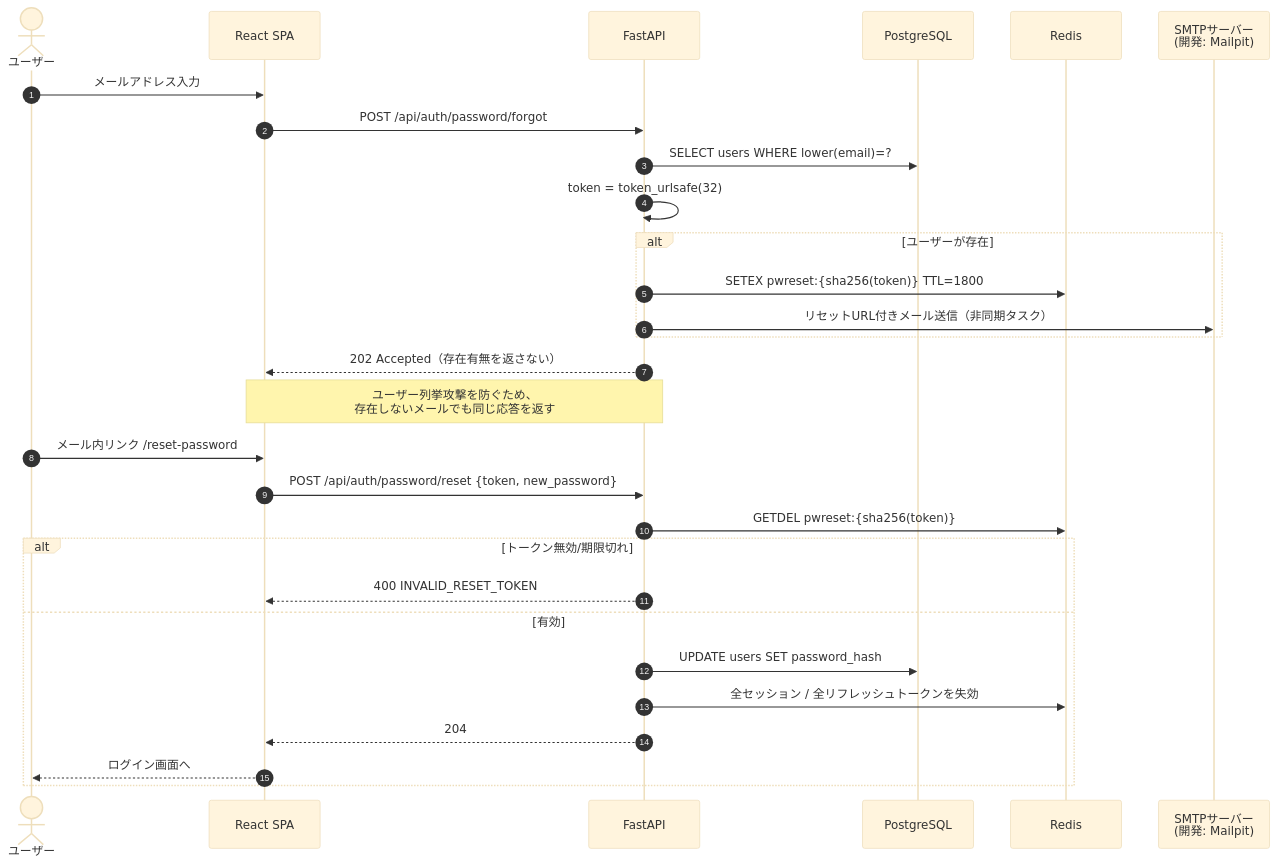
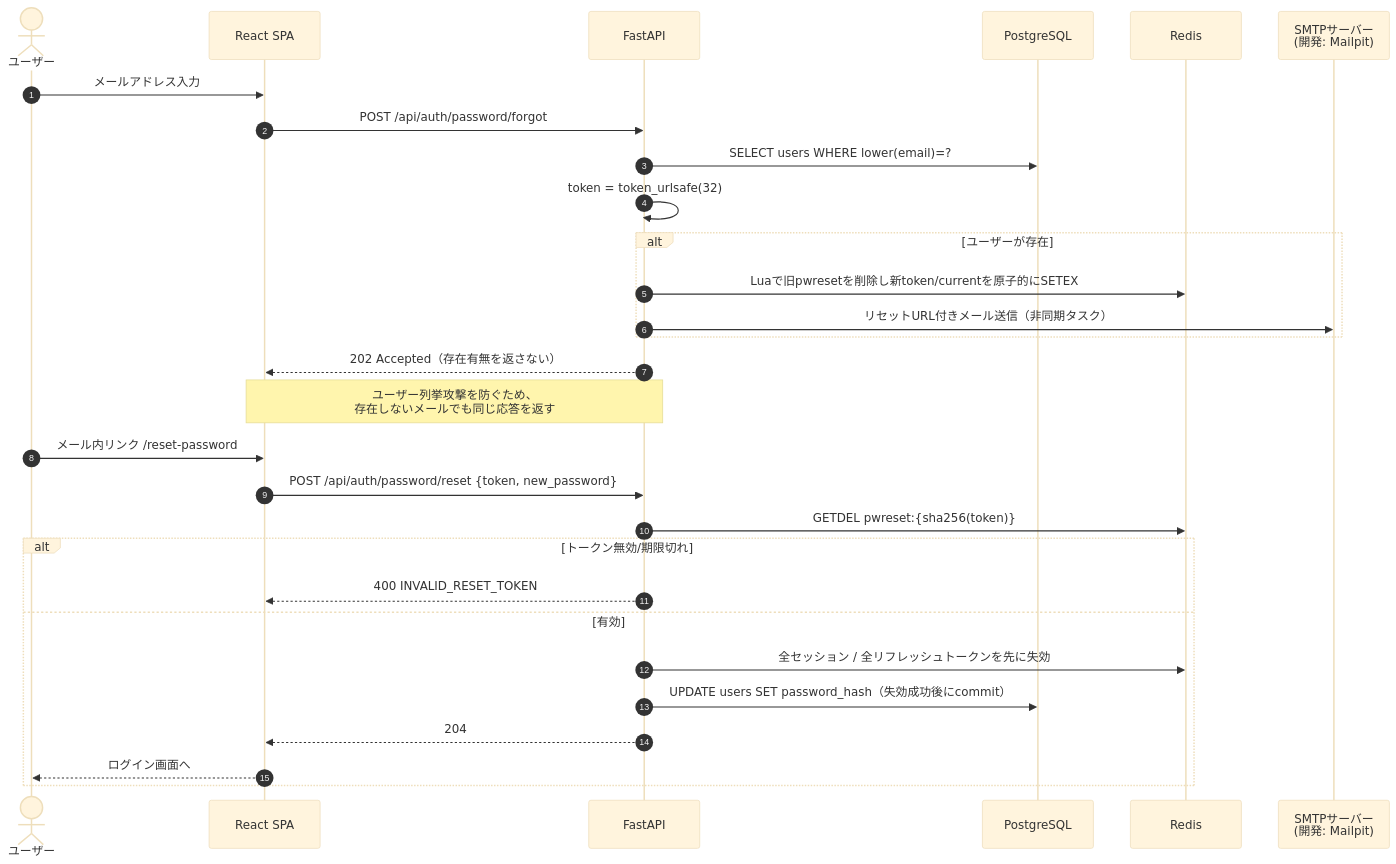
Before and after one commit to oikawa-d/task_management: the ninth of 10 diagrams in basic_design/03_auth.md, drawn with Mermaid (base theme). The commit also changed other lines of this file and 41 other files, not shown here.

````diff
--- a/basic_design/03_auth.md
+++ b/basic_design/03_auth.md
@@ -414,33 +422,33 @@
 ```mermaid
 sequenceDiagram
     autonumber
     actor U as ユーザー
     participant FE as React SPA
     participant API as FastAPI
     participant PG as PostgreSQL
     participant RD as Redis
     participant SMTP as SMTPサーバー<br/>(開発: Mailpit)
 
     U->>FE: メールアドレス入力
     FE->>API: POST /api/auth/password/forgot
     API->>PG: SELECT users WHERE lower(email)=?
     API->>API: token = token_urlsafe(32)
     alt ユーザーが存在
-        API->>RD: SETEX pwreset:{sha256(token)} TTL=1800
+        API->>RD: Luaで旧pwresetを削除し新token/currentを原子的にSETEX
         API->>SMTP: リセットURL付きメール送信（非同期タスク）
     end
     API-->>FE: 202 Accepted（存在有無を返さない）
     Note over API,FE: ユーザー列挙攻撃を防ぐため、<br/>存在しないメールでも同じ応答を返す
 
     U->>FE: メール内リンク /reset-password#token=xxx
     FE->>API: POST /api/auth/password/reset {token, new_password}
     API->>RD: GETDEL pwreset:{sha256(token)}
     alt トークン無効/期限切れ
         API-->>FE: 400 INVALID_RESET_TOKEN
     else 有効
-        API->>PG: UPDATE users SET password_hash
-        API->>RD: 全セッション / 全リフレッシュトークンを失効
+        API->>RD: 全セッション / 全リフレッシュトークンを先に失効
+        API->>PG: UPDATE users SET password_hash（失効成功後にcommit）
         API-->>FE: 204
         FE-->>U: ログイン画面へ
     end
 ```
````
